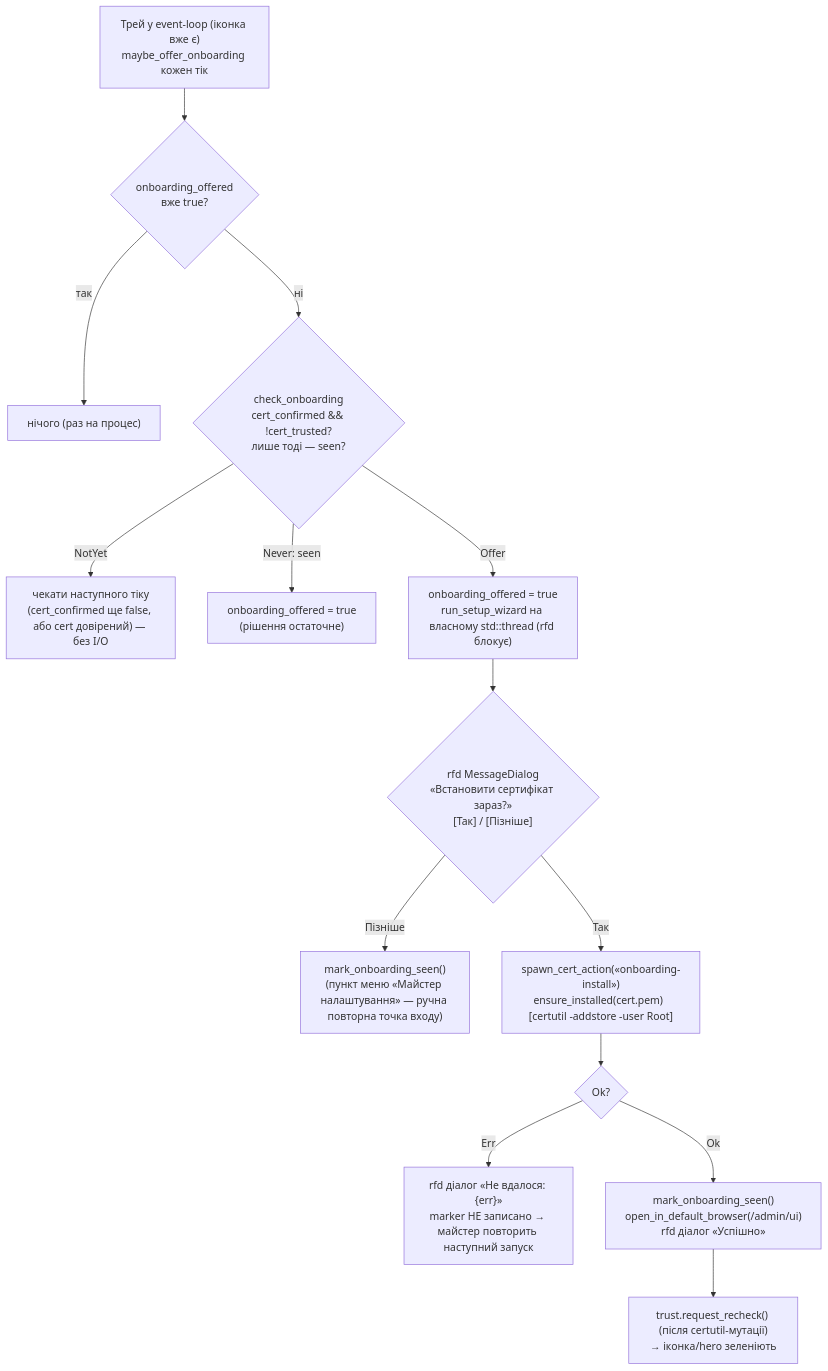
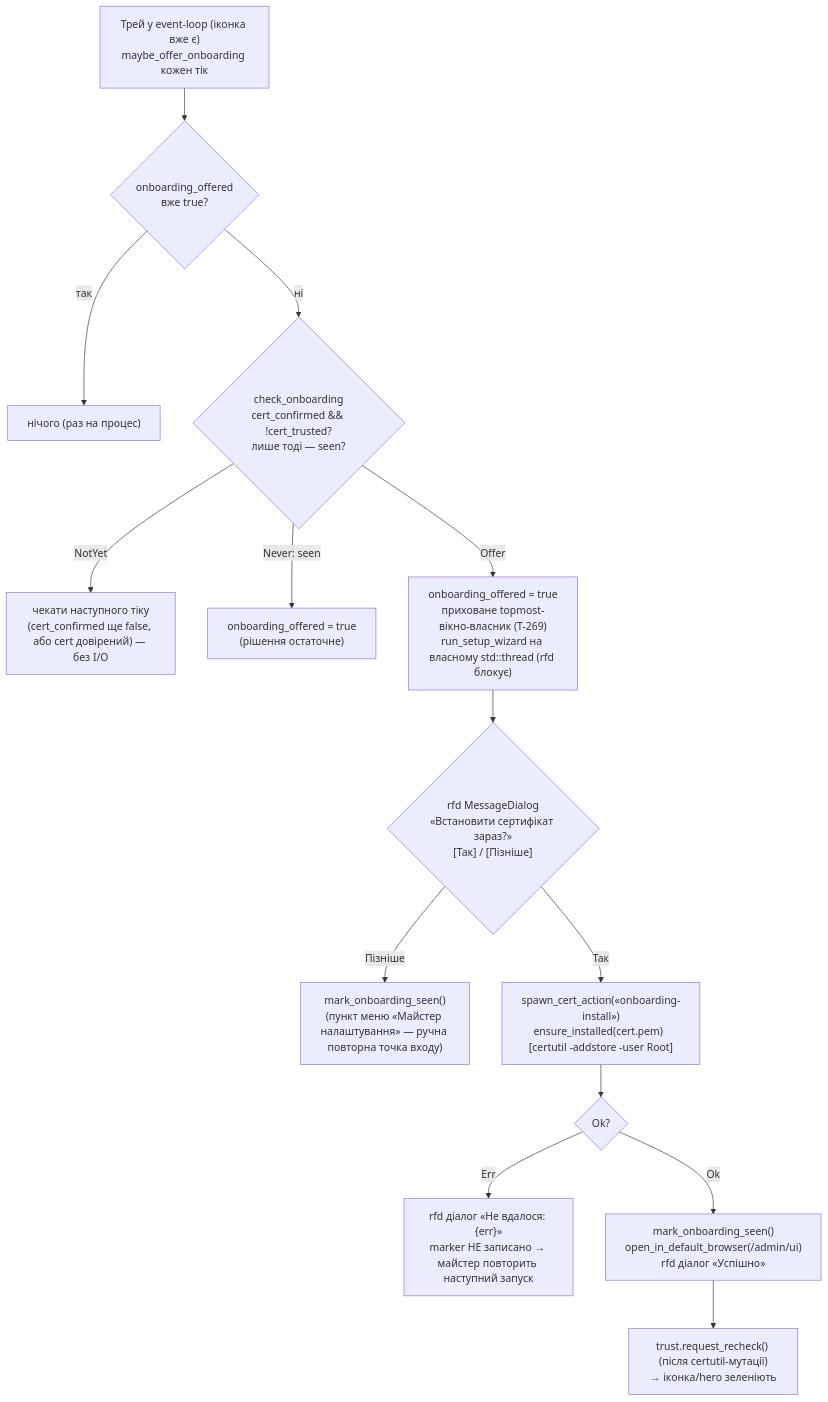
The diagram in diagrams/onboarding.md (user137/dns-quorum-filter), drawn with Mermaid before and after one commit. The commit also changed 3 other files, not shown here.

````diff
--- a/diagrams/onboarding.md
+++ b/diagrams/onboarding.md
@@ -41,20 +41,20 @@
 ```mermaid
 flowchart TD
     Start["Трей у event-loop (іконка вже є)<br/>maybe_offer_onboarding кожен тік"]
     Latch{"onboarding_offered<br/>вже true?"}
     Start --> Latch
     Latch -->|так| Nop["нічого (раз на процес)"]
     Latch -->|ні| Pred{"check_onboarding<br/>cert_confirmed && !cert_trusted?<br/>лише тоді — seen?"}
     Pred -->|NotYet| Wait["чекати наступного тіку<br/>(cert_confirmed ще false, або cert довірений) — без I/O"]
     Pred -->|Never: seen| Closed["onboarding_offered = true<br/>(рішення остаточне)"]
-    Pred -->|Offer| SetLatch["onboarding_offered = true<br/>run_setup_wizard на власному std::thread (rfd блокує)"]
+    Pred -->|Offer| SetLatch["onboarding_offered = true<br/>приховане topmost-вікно-власник (T-269)<br/>run_setup_wizard на власному std::thread (rfd блокує)"]
 
     SetLatch --> Dialog{"rfd MessageDialog<br/>«Встановити сертифікат зараз?»<br/>[Так] / [Пізніше]"}
     Dialog -->|Пізніше| MarkSeen1["mark_onboarding_seen()<br/>(пункт меню «Майстер налаштування» — ручна повторна точка входу)"]
     Dialog -->|Так| Install["spawn_cert_action(«onboarding-install»)<br/>ensure_installed(cert.pem)  [certutil -addstore -user Root]"]
 
     Install --> Ok{"Ok?"}
     Ok -->|Err| DlgErr["rfd діалог «Не вдалося: {err}»<br/>marker НЕ записано → майстер повторить наступний запуск"]
     Ok -->|Ok| MarkSeen2["mark_onboarding_seen()<br/>open_in_default_browser(/admin/ui)<br/>rfd діалог «Успішно»"]
     MarkSeen2 --> Recheck["trust.request_recheck() (після certutil-мутації)<br/>→ іконка/hero зеленіють"]
 ```
````
